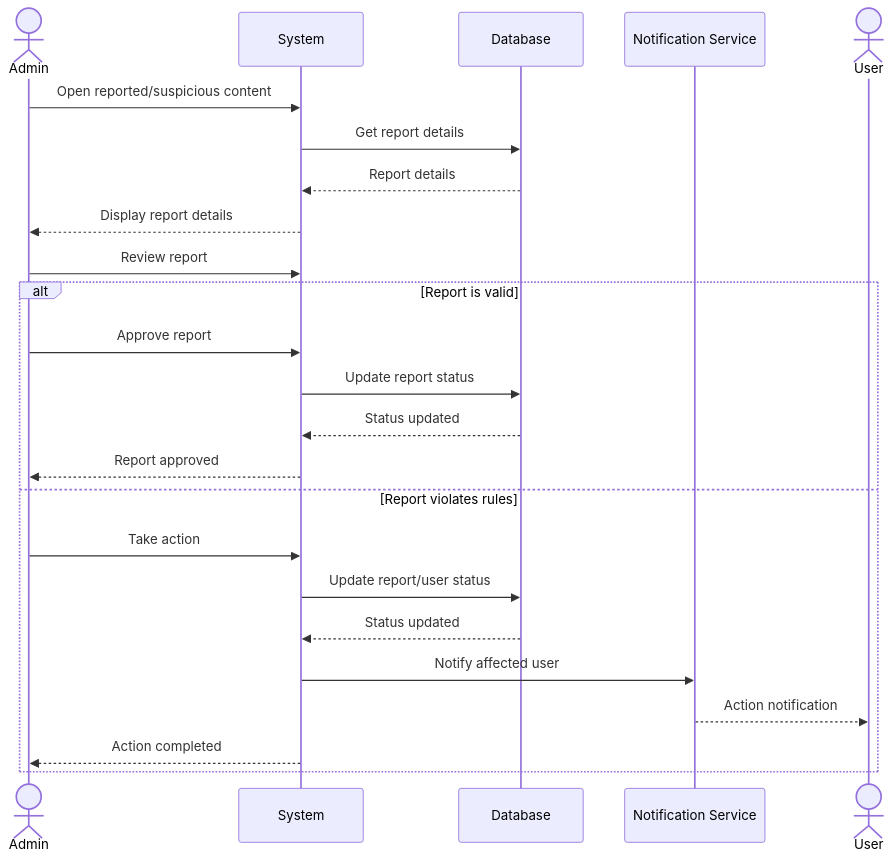
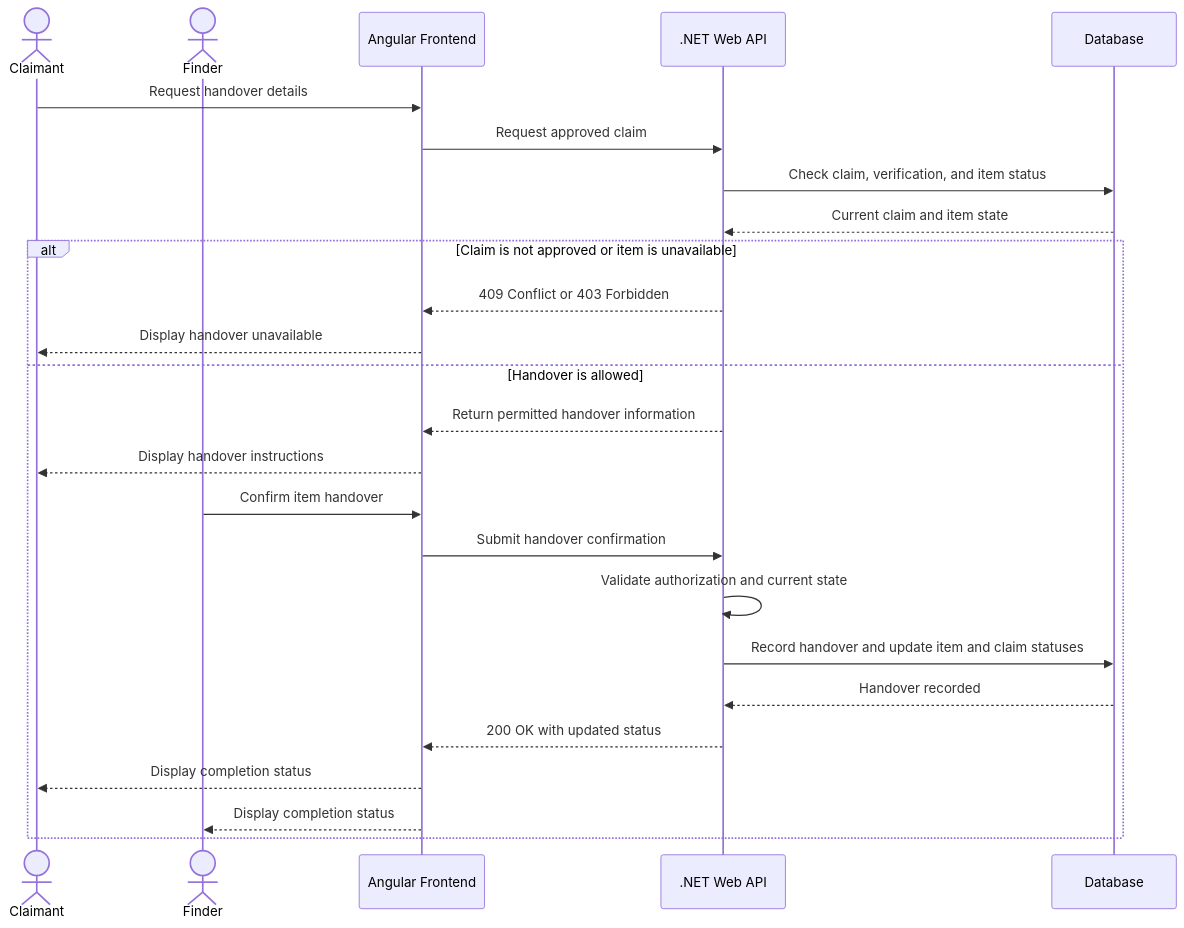
Before and after one commit to RahmaAmeen0/lost-and-found-platform: the eighth of 8 diagrams in docs/sequence-diagrams.md, drawn with Mermaid. The commit also changed other lines of this file, not shown here.

````diff
--- a/docs/sequence-diagrams.md
+++ b/docs/sequence-diagrams.md
@@ -257,33 +284,29 @@
 ```mermaid
 sequenceDiagram
-    actor Admin
-    participant System
-    participant Database
-    participant Notification as Notification Service
-    actor User
+    actor Claimant
+    actor Finder
+    participant Frontend as Angular Frontend
+    participant API as .NET Web API
+    participant DB as Database
 
-    Admin->>System: Open reported/suspicious content
-    System->>Database: Get report details
-    Database-->>System: Report details
+    Claimant->>Frontend: Request handover details
+    Frontend->>API: Request approved claim
+    API->>DB: Check claim, verification, and item status
+    DB-->>API: Current claim and item state
 
-    System-->>Admin: Display report details
-
-    Admin->>System: Review report
-
-    alt Report is valid
-        Admin->>System: Approve report
-        System->>Database: Update report status
-        Database-->>System: Status updated
-        System-->>Admin: Report approved
-
-    else Report violates rules
-        Admin->>System: Take action
-        System->>Database: Update report/user status
-        Database-->>System: Status updated
-
-        System->>Notification: Notify affected user
-        Notification-->>User: Action notification
-
-        System-->>Admin: Action completed
+    alt Claim is not approved or item is unavailable
+        API-->>Frontend: 409 Conflict or 403 Forbidden
+        Frontend-->>Claimant: Display handover unavailable
+    else Handover is allowed
+        API-->>Frontend: Return permitted handover information
+        Frontend-->>Claimant: Display handover instructions
+        Finder->>Frontend: Confirm item handover
+        Frontend->>API: Submit handover confirmation
+        API->>API: Validate authorization and current state
+        API->>DB: Record handover and update item and claim statuses
+        DB-->>API: Handover recorded
+        API-->>Frontend: 200 OK with updated status
+        Frontend-->>Claimant: Display completion status
+        Frontend-->>Finder: Display completion status
     end
 ```
````
